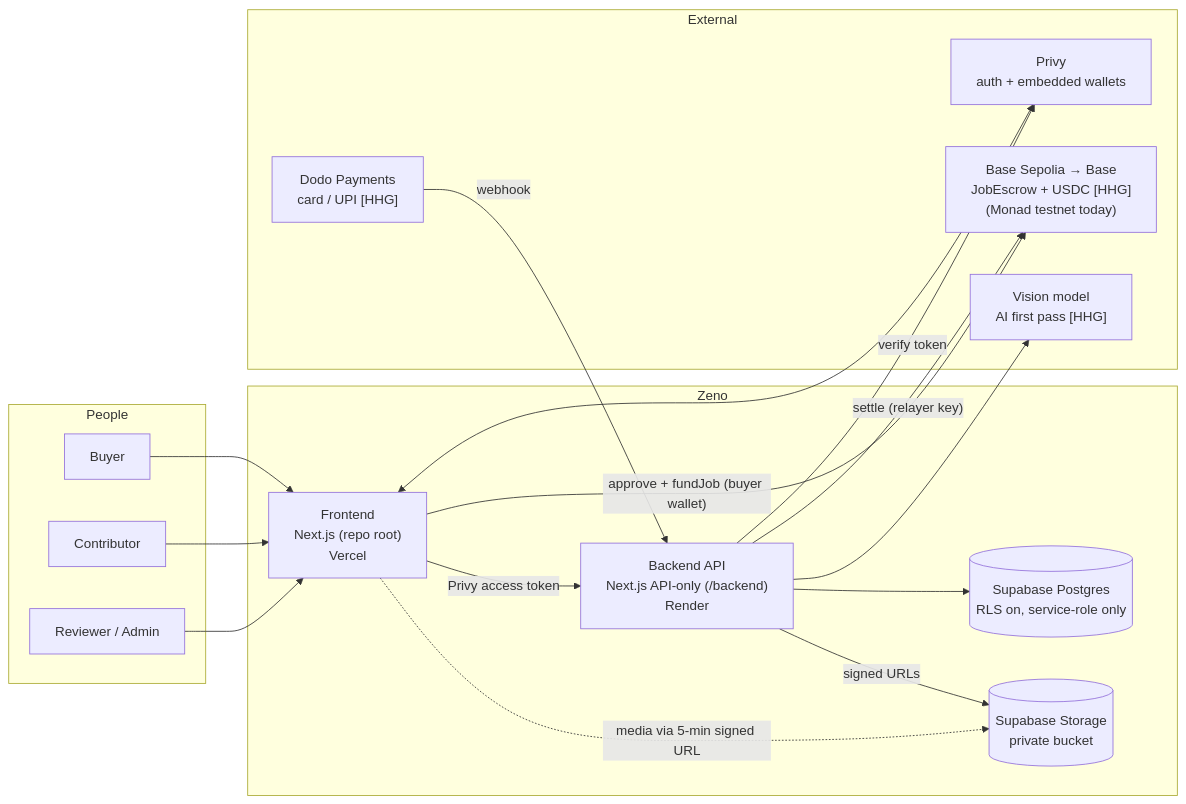
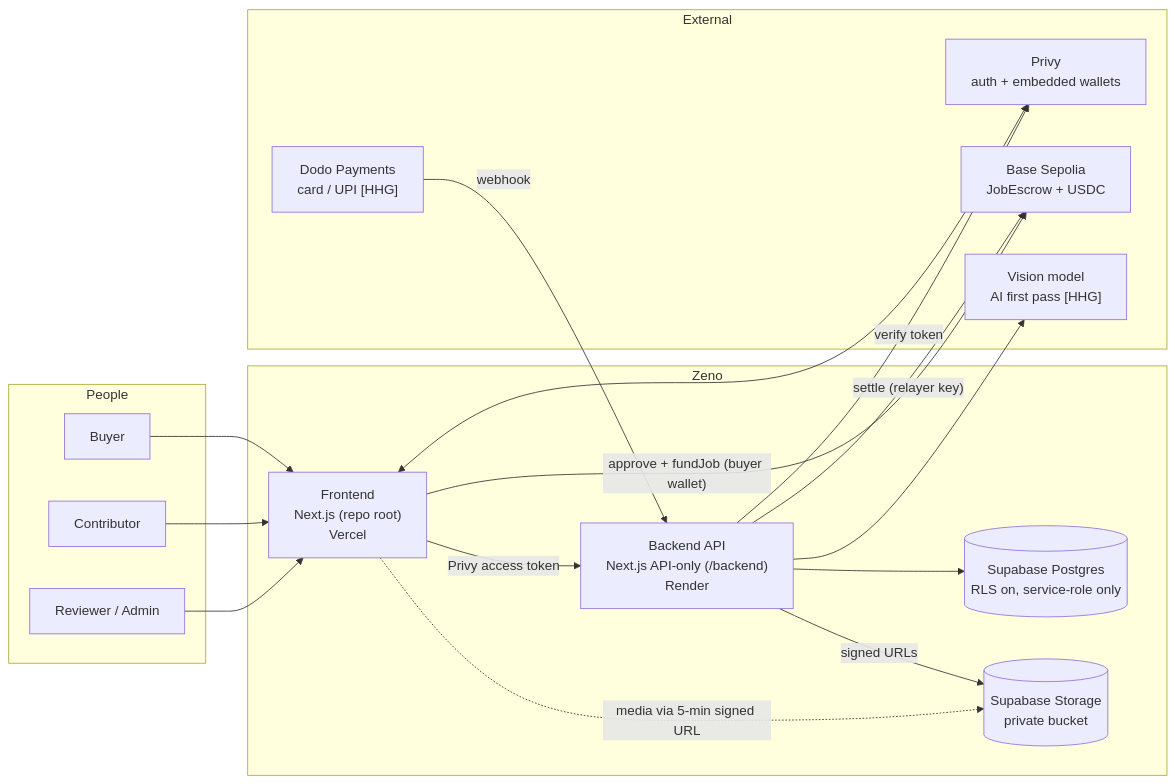
Before and after one commit to hsay123/Zenoo: the first of 2 diagrams in ARCHITECTURE.md, drawn with Mermaid. The commit also changed other lines of this file and 6 other files, not shown here.

First line of the commit message:
HHG F1: docs for Base Sepolia / USDC

````diff
--- a/ARCHITECTURE.md
+++ b/ARCHITECTURE.md
@@ -27,34 +27,34 @@
 ```mermaid
 flowchart LR
   subgraph People
     B[Buyer]
     C[Contributor]
     R[Reviewer / Admin]
   end
 
   subgraph Zeno
     FE["Frontend<br/>Next.js (repo root)<br/>Vercel"]
     BE["Backend API<br/>Next.js API-only (/backend)<br/>Render"]
     DB[(Supabase Postgres<br/>RLS on, service-role only)]
     ST[(Supabase Storage<br/>private bucket)]
   end
 
   subgraph External
     PV[Privy<br/>auth + embedded wallets]
-    CH["Base Sepolia → Base<br/>JobEscrow + USDC [HHG]<br/>(Monad testnet today)"]
+    CH["Base Sepolia<br/>JobEscrow + USDC"]
     AI["Vision model<br/>AI first pass [HHG]"]
     DD["Dodo Payments<br/>card / UPI [HHG]"]
   end
 
   B & C & R --> FE
   FE -- "Privy access token" --> BE
   FE <--> PV
   BE -- verify token --> PV
   BE --> DB
   BE -- signed URLs --> ST
   FE -. "media via 5-min signed URL" .-> ST
   BE -- "settle (relayer key)" --> CH
   FE -- "approve + fundJob (buyer wallet)" --> CH
   BE --> AI
   DD -- webhook --> BE
 ```
````
